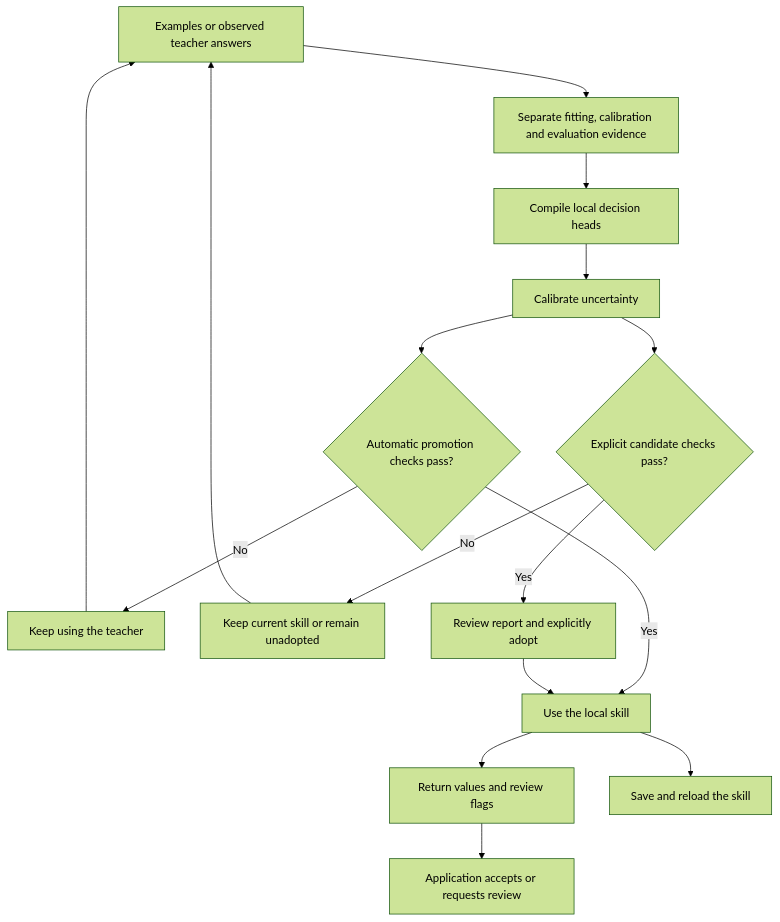
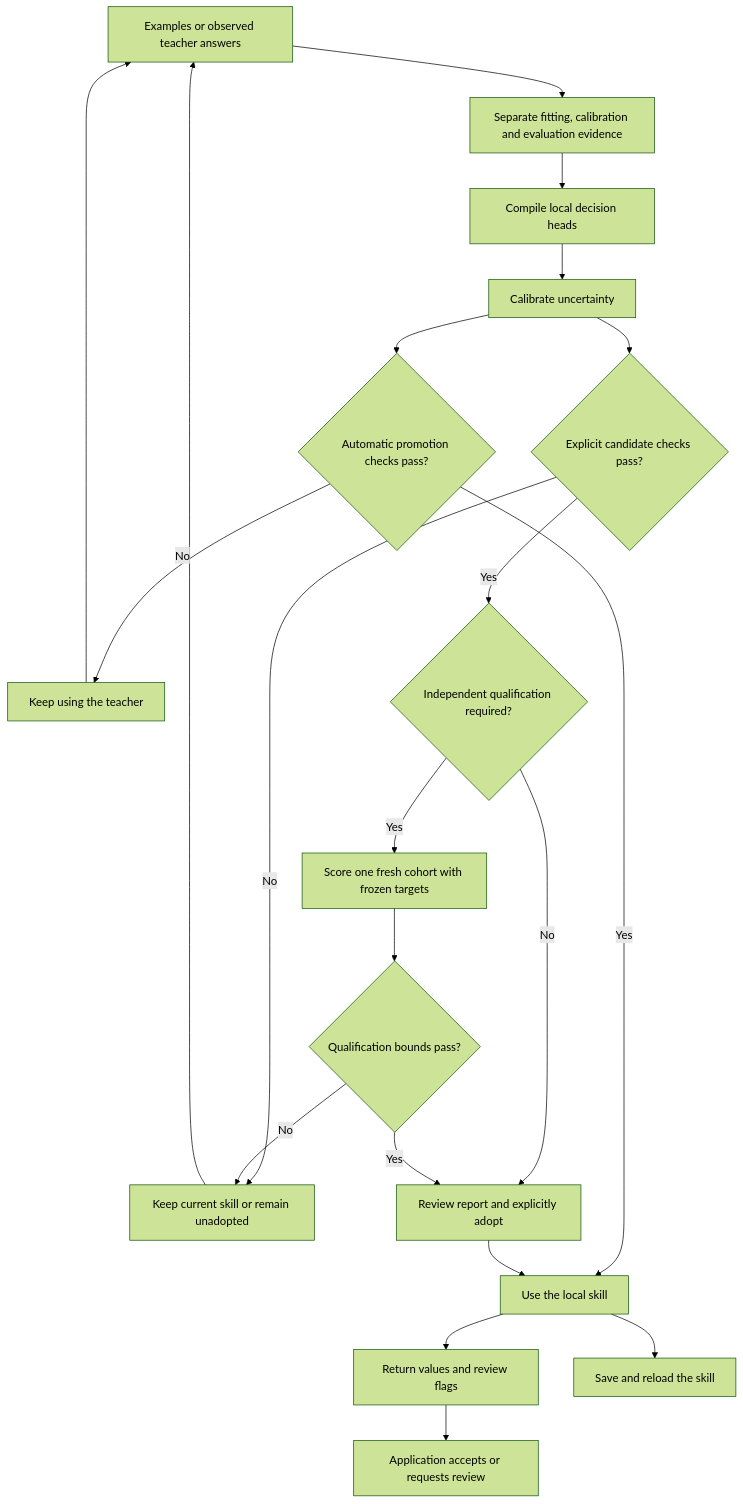
One commit to steph4n-gh/system1 changed the diagram in docs/architecture/technical_specification.md. Above: the diagram before and after it, drawn with Mermaid (forest theme). The commit also changed other lines of this file and 26 other files, not shown here.

````diff
--- a/docs/architecture/technical_specification.md
+++ b/docs/architecture/technical_specification.md
@@ -19,18 +19,23 @@
 ```mermaid
 flowchart TD
     A[Examples or observed teacher answers] --> B[Separate fitting, calibration and evaluation evidence]
     B --> C[Compile local decision heads]
     C --> D[Calibrate uncertainty]
     D --> E{Automatic promotion checks pass?}
     E -->|No| F[Keep using the teacher]
     F --> A
     E -->|Yes| G[Use the local skill]
     D --> H{Explicit candidate checks pass?}
     H -->|No| L[Keep current skill or remain unadopted]
     L --> A
-    H -->|Yes| M[Review report and explicitly adopt]
+    H -->|Yes| N{Independent qualification required?}
+    N -->|No| M[Review report and explicitly adopt]
+    N -->|Yes| O[Score one fresh cohort with frozen targets]
+    O --> P{Qualification bounds pass?}
+    P -->|No| L
+    P -->|Yes| M
     M --> G
     G --> I[Return values and review flags]
     G --> J[Save and reload the skill]
     I --> K[Application accepts or requests review]
 ```
````
